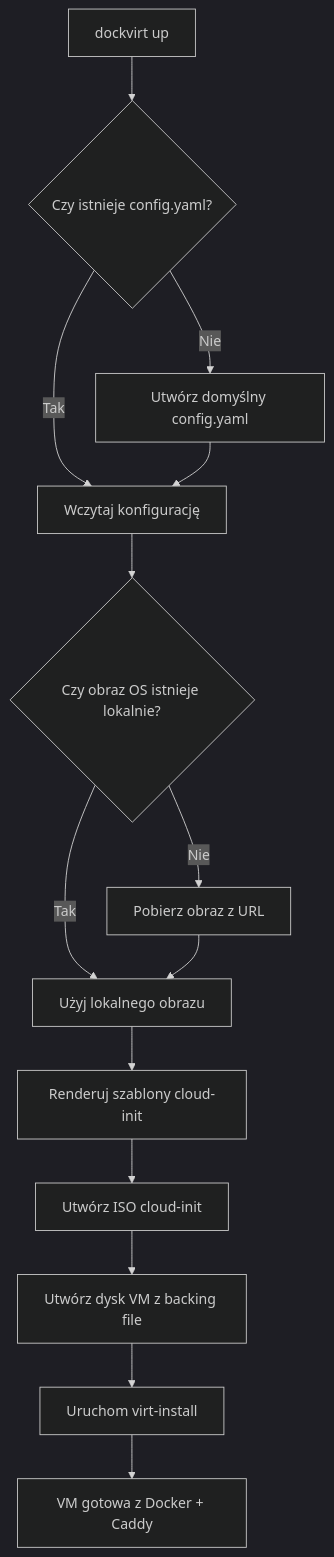
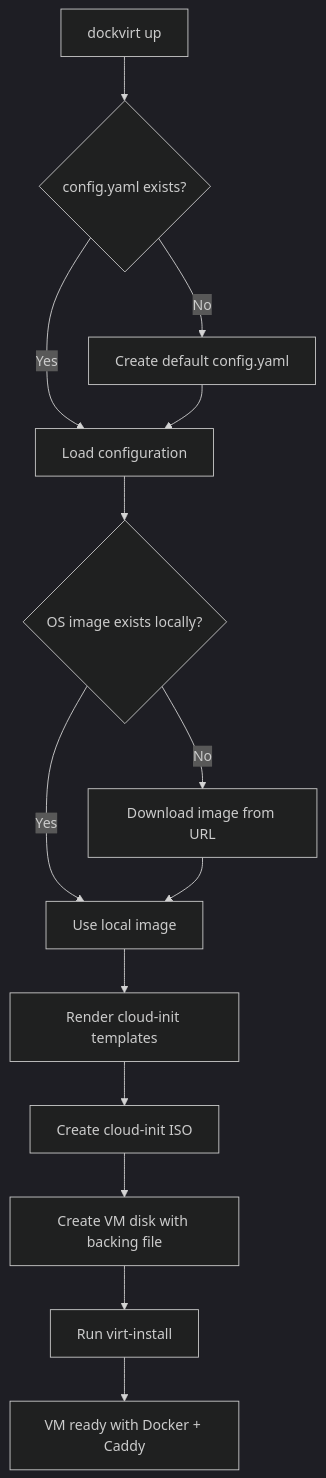
The diagram in README.md (dynapsys/dockvirt), drawn with Mermaid (dark theme) before and after one commit. The commit also changed other lines of this file and 13 other files, not shown here.

````diff
--- a/README.md
+++ b/README.md
@@ -135,16 +135,16 @@
 ```mermaid
 graph TD
-    A[dockvirt up] --> B{Czy istnieje config.yaml?}
-    B -->|Nie| C[Utwórz domyślny config.yaml]
-    B -->|Tak| D[Wczytaj konfigurację]
+    A[dockvirt up] --> B{config.yaml exists?}
+    B -->|No| C[Create default config.yaml]
+    B -->|Yes| D[Load configuration]
     C --> D
-    D --> E{Czy obraz OS istnieje lokalnie?}
-    E -->|Nie| F[Pobierz obraz z URL]
-    E -->|Tak| G[Użyj lokalnego obrazu]
+    D --> E{OS image exists locally?}
+    E -->|No| F[Download image from URL]
+    E -->|Yes| G[Use local image]
     F --> G
-    G --> H[Renderuj szablony cloud-init]
-    H --> I[Utwórz ISO cloud-init]
-    I --> J[Utwórz dysk VM z backing file]
-    J --> K[Uruchom virt-install]
-    K --> L[VM gotowa z Docker + Caddy]
+    G --> H[Render cloud-init templates]
+    H --> I[Create cloud-init ISO]
+    I --> J[Create VM disk with backing file]
+    J --> K[Run virt-install]
+    K --> L[VM ready with Docker + Caddy]
 ```
````
